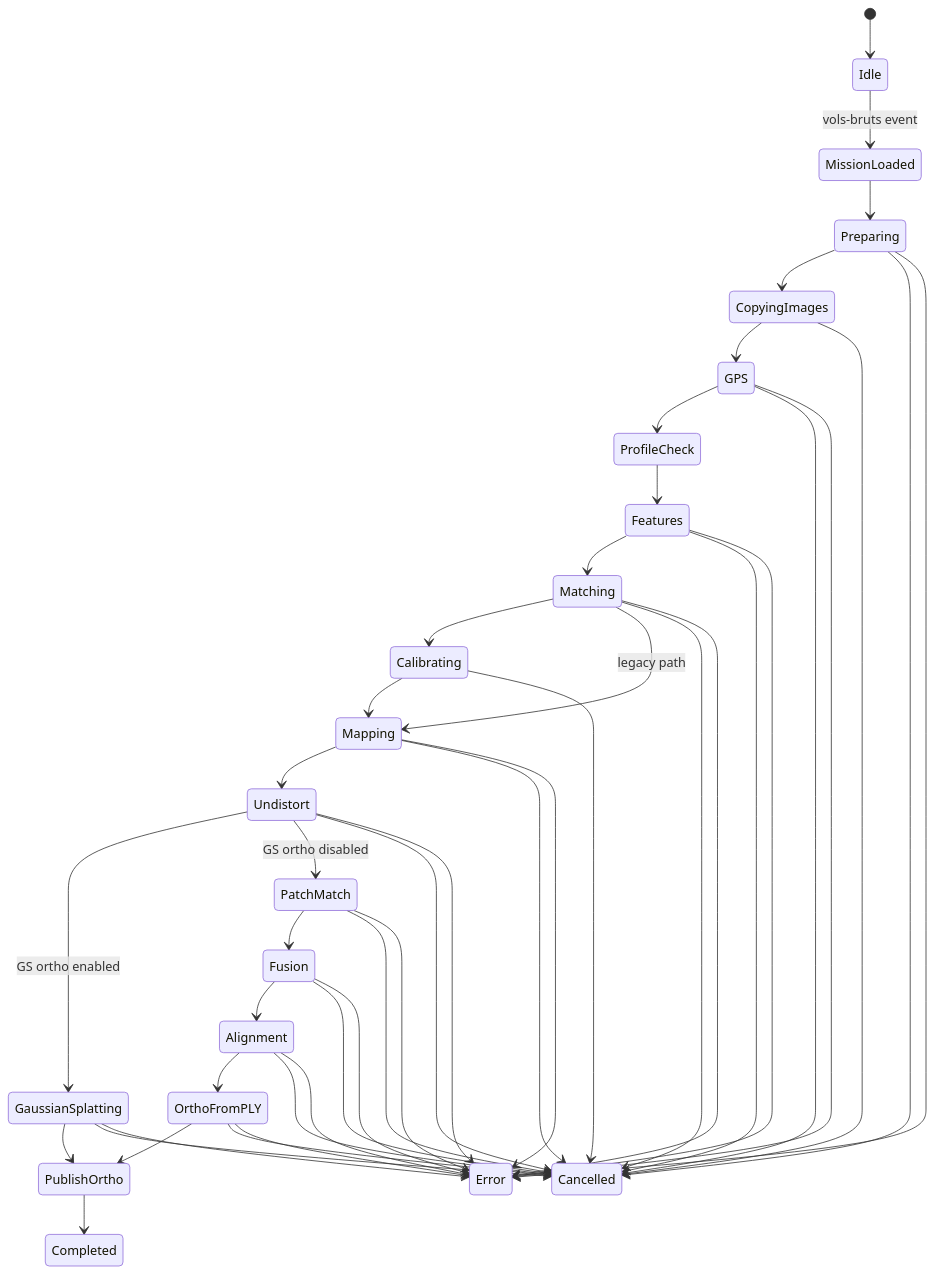
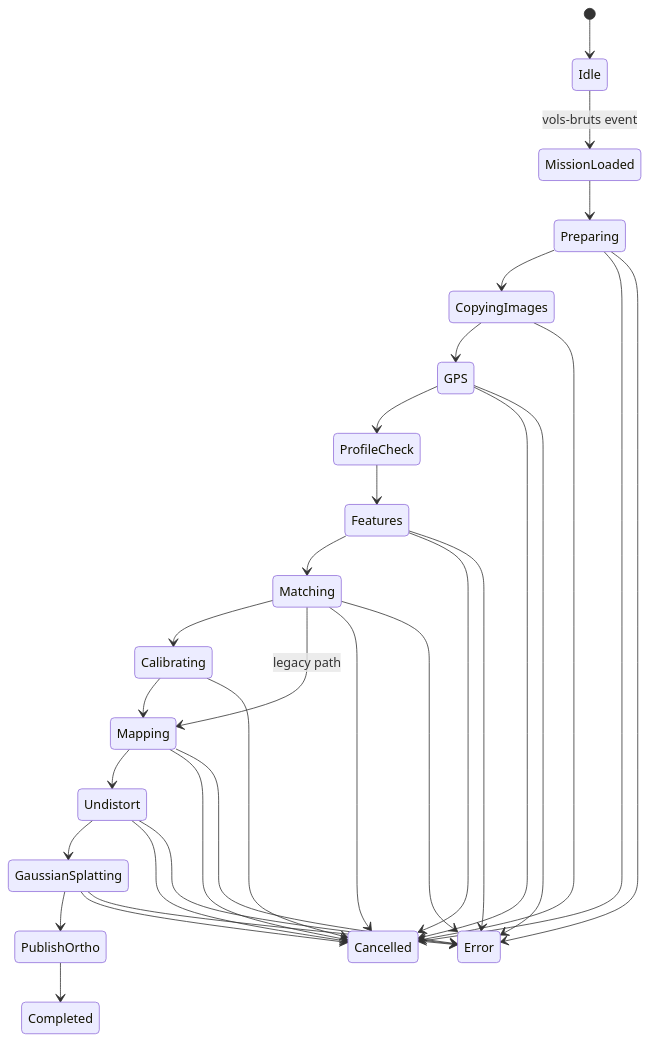
One commit to olivelb/DroneAI changed the third of 7 diagrams in DOCUMENTATION.md. Above: the diagram before and after it, drawn with Mermaid. The commit also changed other lines of this file and 40 other files, not shown here.

````diff
--- a/DOCUMENTATION.md
+++ b/DOCUMENTATION.md
@@ -673,49 +660,36 @@
 ```mermaid
 stateDiagram-v2
     [*] --> Idle
     Idle --> MissionLoaded: vols-bruts event
     MissionLoaded --> Preparing
     Preparing --> CopyingImages
     CopyingImages --> GPS
     GPS --> ProfileCheck
     ProfileCheck --> Features
     Features --> Matching
     Matching --> Calibrating
     Matching --> Mapping: legacy path
     Calibrating --> Mapping
     Mapping --> Undistort
-    Undistort --> GaussianSplatting: GS ortho enabled
-    Undistort --> PatchMatch: GS ortho disabled
+    Undistort --> GaussianSplatting
     GaussianSplatting --> PublishOrtho
-    PatchMatch --> Fusion
-    Fusion --> Alignment
-    Alignment --> OrthoFromPLY
-    OrthoFromPLY --> PublishOrtho
     PublishOrtho --> Completed
 
     Preparing --> Cancelled
     CopyingImages --> Cancelled
     GPS --> Cancelled
     Features --> Cancelled
     Matching --> Cancelled
     Calibrating --> Cancelled
     Mapping --> Cancelled
     Undistort --> Cancelled
     GaussianSplatting --> Cancelled
-    PatchMatch --> Cancelled
-    Fusion --> Cancelled
-    Alignment --> Cancelled
-    OrthoFromPLY --> Cancelled
 
     Preparing --> Error
     GPS --> Error
     Features --> Error
     Matching --> Error
     Mapping --> Error
     Undistort --> Error
     GaussianSplatting --> Error
-    PatchMatch --> Error
-    Fusion --> Error
-    Alignment --> Error
-    OrthoFromPLY --> Error
 ```
````
